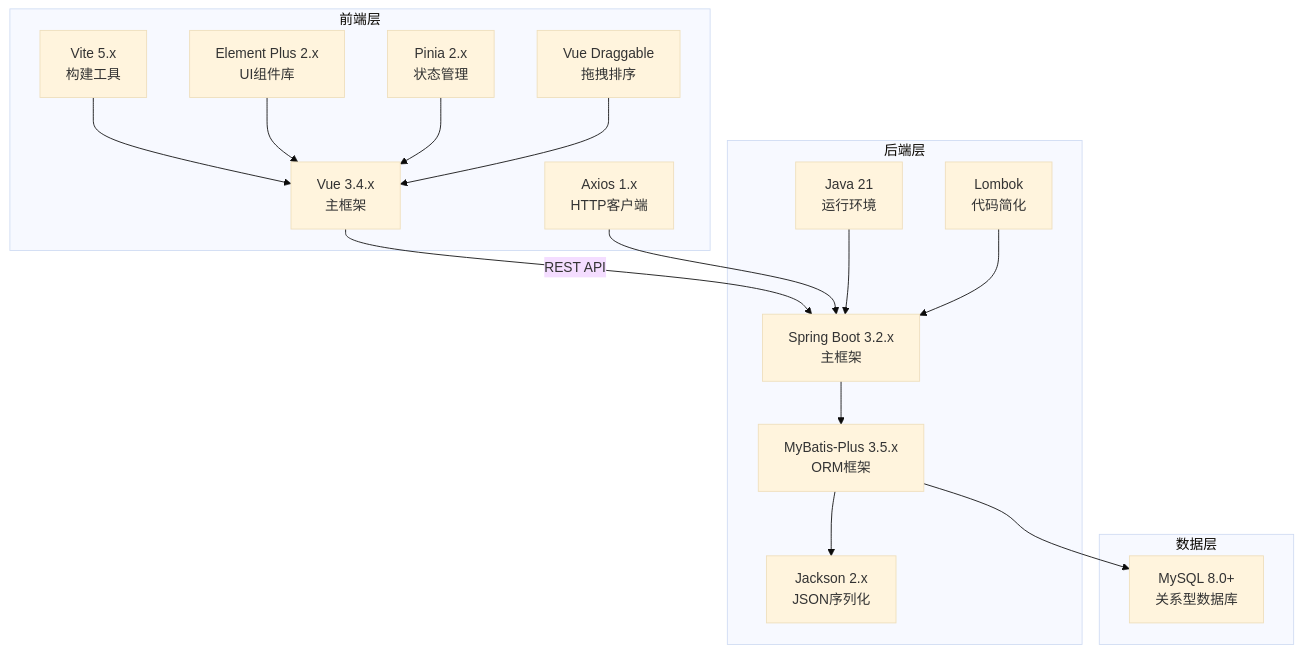
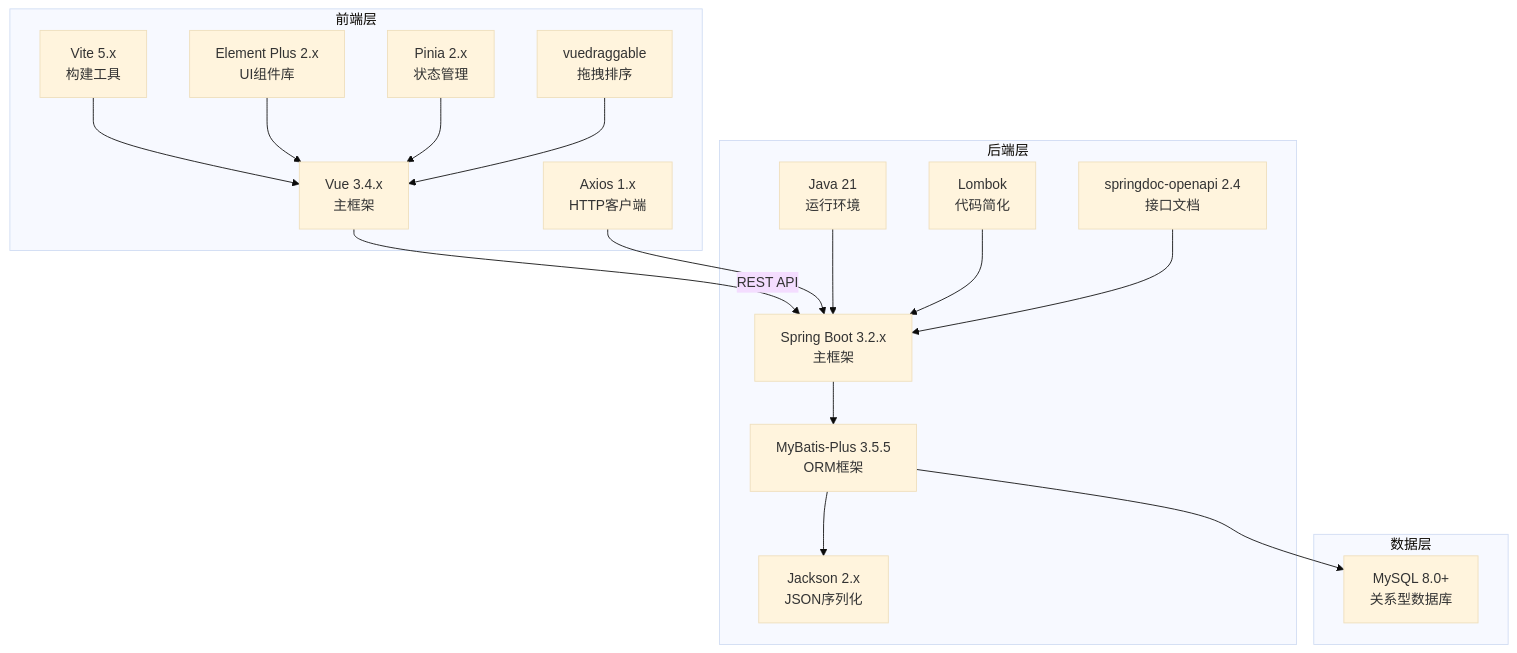
The third of 5 diagrams in .qoder/repowiki/zh/content/技术栈选型.md (NJMrLi/genetics), drawn with Mermaid (base theme) before and after one commit. The commit also changed other lines of this file and 152 other files, not shown here.

````diff
--- a/.qoder/repowiki/zh/content/技术栈选型.md
+++ b/.qoder/repowiki/zh/content/技术栈选型.md
@@ -156,32 +171,34 @@
 ```mermaid
 graph TB
 subgraph "前端层"
 A[Vue 3.4.x<br/>主框架]
 B[Vite 5.x<br/>构建工具]
 C[Element Plus 2.x<br/>UI组件库]
 D[Pinia 2.x<br/>状态管理]
 E[Axios 1.x<br/>HTTP客户端]
-F[Vue Draggable<br/>拖拽排序]
+F[vuedraggable<br/>拖拽排序]
 end
 subgraph "后端层"
 G[Spring Boot 3.2.x<br/>主框架]
 H[Java 21<br/>运行环境]
-I[MyBatis-Plus 3.5.x<br/>ORM框架]
+I[MyBatis-Plus 3.5.5<br/>ORM框架]
 J[Jackson 2.x<br/>JSON序列化]
 K[Lombok<br/>代码简化]
+L[springdoc-openapi 2.4<br/>接口文档]
 end
 subgraph "数据层"
-L[MySQL 8.0+<br/>关系型数据库]
+M[MySQL 8.0+<br/>关系型数据库]
 end
 A --> |REST API| G
 B --> A
 C --> A
 D --> A
 E --> G
 F --> A
 G --> I
 H --> G
 I --> J
-I --> L
+I --> M
 K --> G
+L --> G
 ```
````
